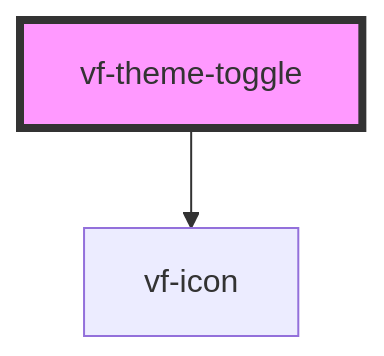
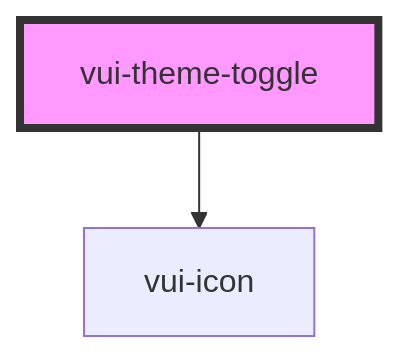
The diagram in packages/stencil-library/src/components/theme-toggle/readme.md (verite-team/verite-elements), drawn with Mermaid before and after one commit. The commit also changed other lines of this file and 116 other files, not shown here.

````diff
--- a/packages/stencil-library/src/components/theme-toggle/readme.md
+++ b/packages/stencil-library/src/components/theme-toggle/readme.md
@@ -15,5 +13,5 @@
 ```mermaid
 graph TD;
-  vf-theme-toggle --> vf-icon
-  style vf-theme-toggle fill:#f9f,stroke:#333,stroke-width:4px
+  vui-theme-toggle --> vui-icon
+  style vui-theme-toggle fill:#f9f,stroke:#333,stroke-width:4px
 ```
````
